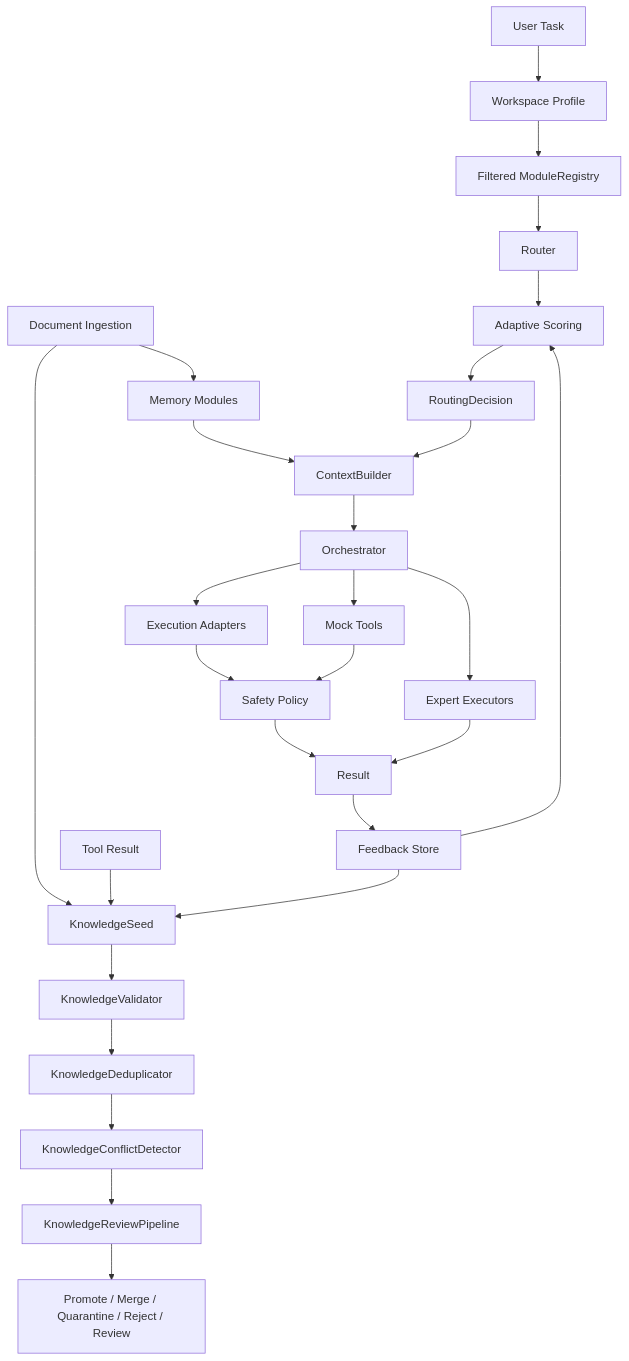
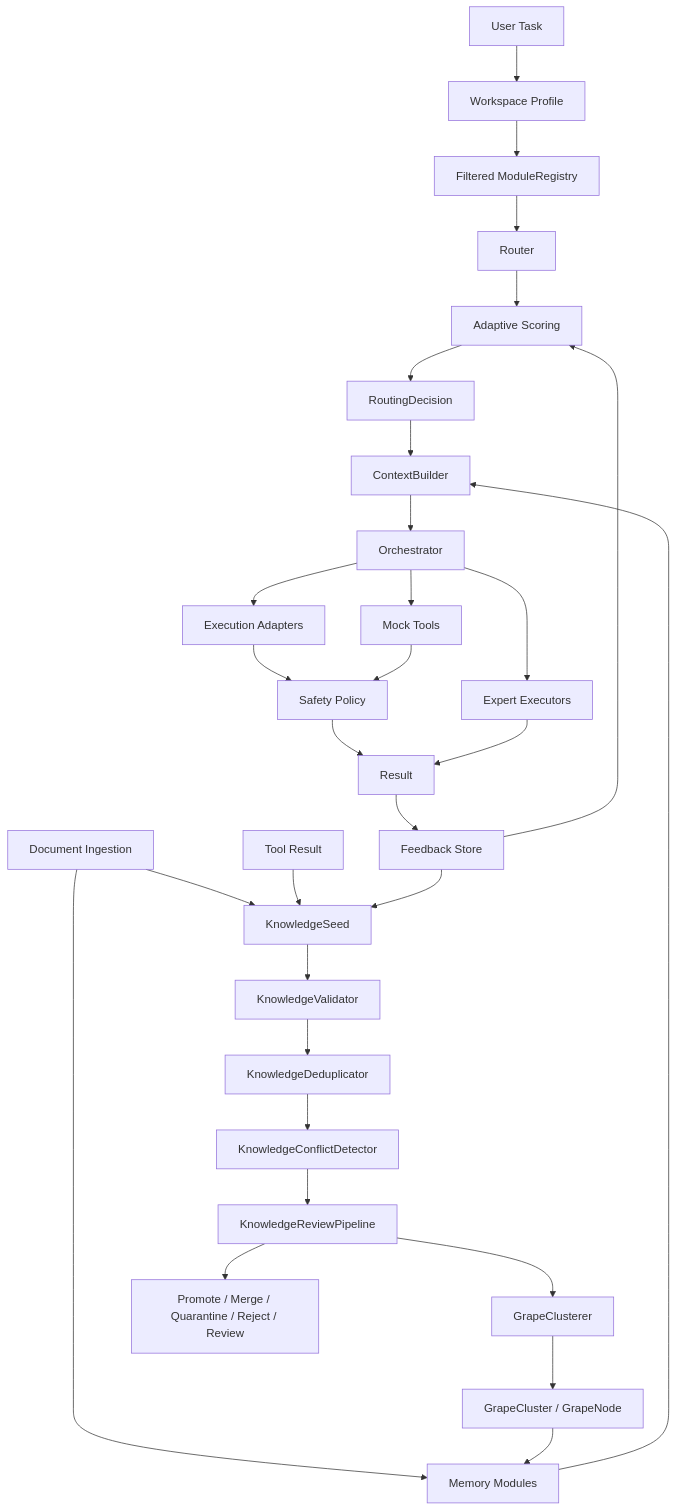
The diagram in README.md (Robotyaga/Grona), drawn with Mermaid before and after one commit. The commit also changed other lines of this file, not shown here.

Commit message:
Document grape cluster demo in README

````diff
--- a/README.md
+++ b/README.md
@@ -47,29 +50,32 @@
 ```mermaid
 flowchart TD
     A[User Task] --> B[Workspace Profile]
     B --> C[Filtered ModuleRegistry]
     C --> D[Router]
     F[Feedback Store] --> E[Adaptive Scoring]
     D --> E
     E --> G[RoutingDecision]
     H[Memory Modules] --> I[ContextBuilder]
     J[Document Ingestion] --> H
     J --> Q[KnowledgeSeed]
     R[Tool Result] --> Q
     F --> Q
     Q --> S[KnowledgeValidator]
     S --> U[KnowledgeDeduplicator]
     U --> V[KnowledgeConflictDetector]
     V --> W[KnowledgeReviewPipeline]
+    W --> X[GrapeClusterer]
+    X --> Y[GrapeCluster / GrapeNode]
+    Y --> H
     W --> T[Promote / Merge / Quarantine / Reject / Review]
     G --> I
     I --> K[Orchestrator]
     K --> L[Expert Executors]
     K --> M[Execution Adapters]
     K --> N[Mock Tools]
     M --> O[Safety Policy]
     N --> O
     O --> P[Result]
     L --> P
     P --> F
 ```
````
